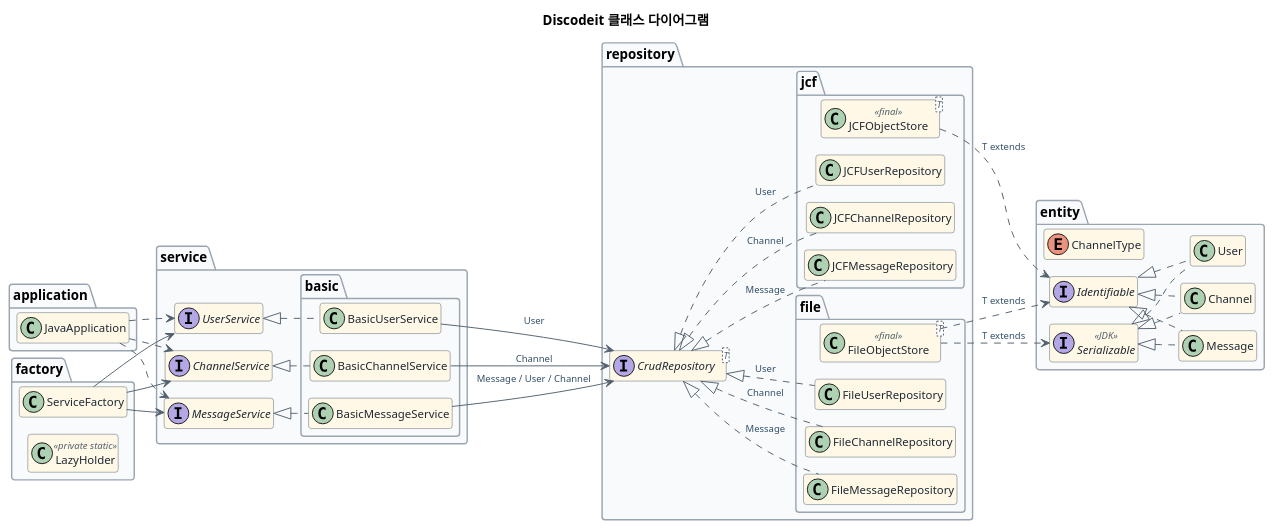
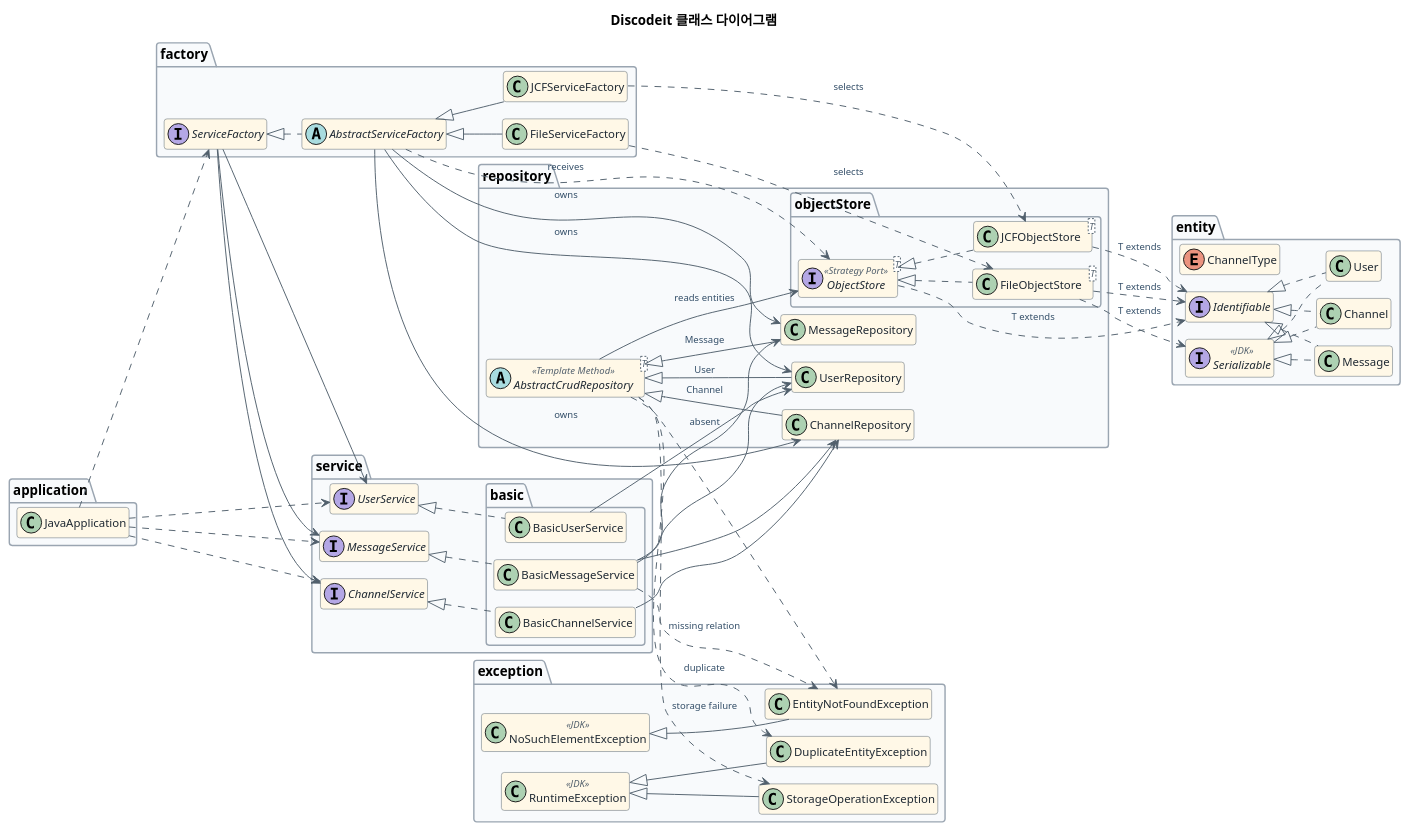
Before and after one commit to WinLike-dev/14-sprint-mission: the diagram in 02/docs/class-diagram.puml, drawn with PlantUML. The commit also changed 33 other files, not shown here.

```diff
--- a/02/docs/class-diagram.puml
+++ b/02/docs/class-diagram.puml
@@ -1,111 +1,139 @@
 @startuml
 !pragma layout smetana
 
 title Discodeit 클래스 다이어그램
 left to right direction
 
 hide empty members
 
 skinparam backgroundColor #FFFFFF
 skinparam shadowing false
 skinparam roundCorner 6
 skinparam nodesep 35
 skinparam ranksep 45
 skinparam ArrowColor #52606D
 skinparam ArrowFontColor #334E68
 skinparam ArrowFontSize 10
 skinparam ClassBorderColor #52606D
 skinparam ClassBackgroundColor #FFF8E7
 skinparam ClassFontColor #1F2933
 skinparam ClassFontSize 12
 skinparam ClassStereotypeFontColor #52606D
 skinparam ClassStereotypeFontSize 10
 skinparam PackageBorderColor #9AA5B1
 skinparam PackageBackgroundColor #F8FAFC
 
 package "application" {
     class JavaApplication
 }
 
 package "factory" {
-    class ServiceFactory
-    class LazyHolder <<private static>>
+    interface ServiceFactory
+    abstract class AbstractServiceFactory
+    class JCFServiceFactory
+    class FileServiceFactory
 }
 
 package "service" {
     interface UserService
     interface ChannelService
     interface MessageService
 }
 
 package "service.basic" {
     class BasicUserService
     class BasicChannelService
     class BasicMessageService
 }
 
 package "repository" {
-    interface CrudRepository<T>
+    abstract class AbstractCrudRepository<T> <<Template Method>>
+    class UserRepository
+    class ChannelRepository
+    class MessageRepository
 }
 
-package "repository.jcf" {
-    class JCFObjectStore<T> <<final>>
-    class JCFMessageRepository
-    class JCFChannelRepository
-    class JCFUserRepository
+package "repository.objectStore" {
+    interface ObjectStore<T> <<Strategy Port>>
+    class JCFObjectStore<T>
+    class FileObjectStore<T>
 }
 
-package "repository.file" {
-    class FileObjectStore<T> <<final>>
-    class FileMessageRepository
-    class FileChannelRepository
-    class FileUserRepository
+package "exception" {
+    class EntityNotFoundException
+    class DuplicateEntityException
+    class StorageOperationException
+    class NoSuchElementException <<JDK>>
+    class RuntimeException <<JDK>>
 }
 
 package "entity" {
     class Message
     class Channel
     class User
     enum ChannelType
     interface Serializable <<JDK>>
     interface Identifiable
 }
 
 JavaApplication ..> UserService
 JavaApplication ..> ChannelService
 JavaApplication ..> MessageService
+JavaApplication ..> ServiceFactory
 
 ServiceFactory --> UserService
 ServiceFactory --> ChannelService
 ServiceFactory --> MessageService
+ServiceFactory <|.. AbstractServiceFactory
+AbstractServiceFactory <|-- JCFServiceFactory
+AbstractServiceFactory <|-- FileServiceFactory
 
 UserService <|.. BasicUserService
 ChannelService <|.. BasicChannelService
 MessageService <|.. BasicMessageService
 
-BasicUserService --> CrudRepository : User
-BasicChannelService --> CrudRepository : Channel
-BasicMessageService --> CrudRepository : Message / User / Channel
+BasicUserService --> UserRepository
+BasicChannelService --> ChannelRepository
+BasicMessageService --> MessageRepository
+BasicMessageService --> UserRepository
+BasicMessageService --> ChannelRepository
+BasicMessageService ..> EntityNotFoundException : missing relation
 
-CrudRepository <|.. JCFUserRepository : User
-CrudRepository <|.. JCFChannelRepository : Channel
-CrudRepository <|.. JCFMessageRepository : Message
-CrudRepository <|.. FileUserRepository : User
-CrudRepository <|.. FileChannelRepository : Channel
-CrudRepository <|.. FileMessageRepository : Message
+AbstractCrudRepository <|-- UserRepository : User
+AbstractCrudRepository <|-- ChannelRepository : Channel
+AbstractCrudRepository <|-- MessageRepository : Message
+AbstractCrudRepository --> ObjectStore : reads entities
+AbstractCrudRepository ..> EntityNotFoundException : absent
+AbstractCrudRepository ..> DuplicateEntityException : duplicate
+AbstractCrudRepository ..> StorageOperationException : storage failure
 
+ObjectStore <|.. JCFObjectStore
+ObjectStore <|.. FileObjectStore
+
+JCFServiceFactory ..> JCFObjectStore : selects
+FileServiceFactory ..> FileObjectStore : selects
+AbstractServiceFactory ..> ObjectStore : receives
+AbstractServiceFactory --> UserRepository : owns
+AbstractServiceFactory --> ChannelRepository : owns
+AbstractServiceFactory --> MessageRepository : owns
+
+ObjectStore ..> Identifiable : T extends
 JCFObjectStore ..> Identifiable : T extends
 FileObjectStore ..> Identifiable : T extends
 FileObjectStore ..> Serializable : T extends
+
+NoSuchElementException <|-- EntityNotFoundException
+RuntimeException <|-- DuplicateEntityException
+RuntimeException <|-- StorageOperationException
 
 Identifiable <|.. User
 Identifiable <|.. Channel
 Identifiable <|.. Message
 Serializable <|.. User
 Serializable <|.. Channel
 Serializable <|.. Message
 
-' 범위: 프로덕션 최상위 타입 22개 + 내부 LazyHolder + 외부 Serializable.
+' 범위: Repository가 CRUD 실패를 의미별 예외로 변환하고 ObjectStore는 checked 기술 예외를 throws로 전달한다.
 ' 관계선: 실제 인터페이스 호출, 주입, 구현, 제네릭 계약만 표시한다.
 
 @enduml
```
